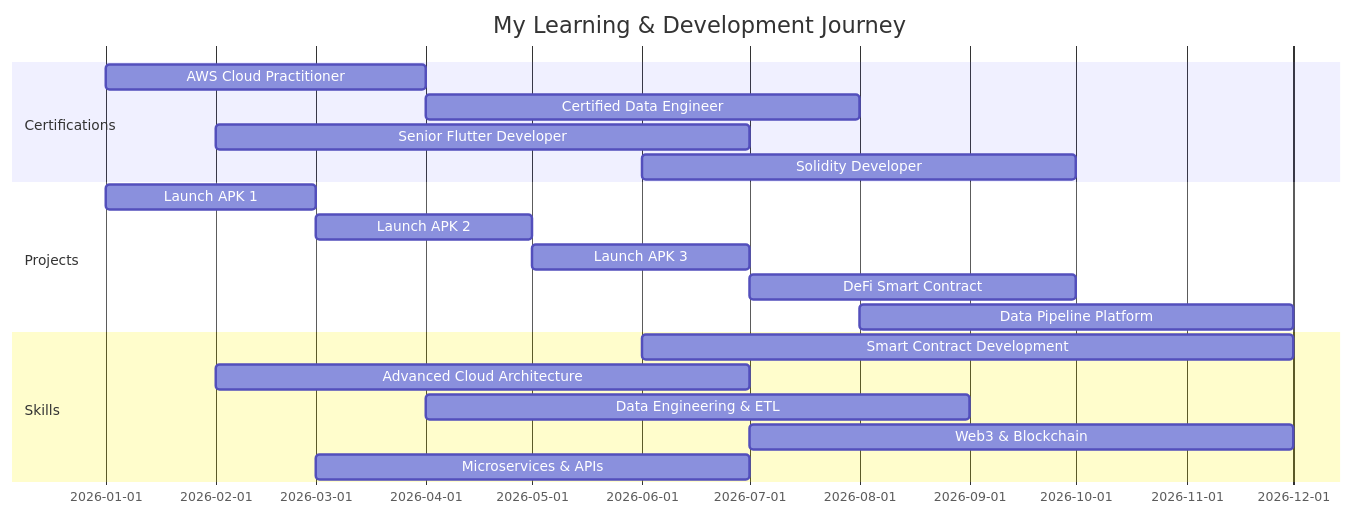
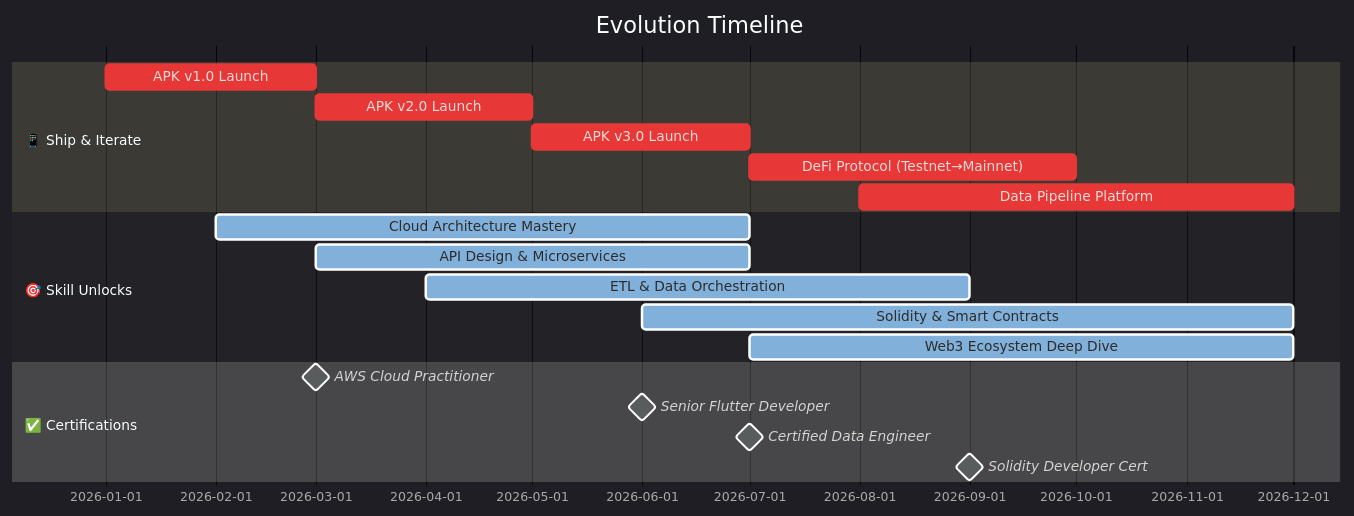
Before and after one commit to jude-craft/jude-craft: the diagram in README.md, drawn with Mermaid. The commit also changed other lines of this file, not shown here.

Commit message:
Revise 2026 roadmap to focus on evolution timeline
Updated roadmap section to reflect new project and skill tracking format.

````diff
--- a/README.md
+++ b/README.md
@@ -144,22 +147,26 @@
 ```mermaid
+%%{init: {'theme':'dark', 'themeVariables': { 'primaryColor':'#6366f1','primaryTextColor':'#fff','primaryBorderColor':'#4f46e5','lineColor':'#8b5cf6','secondaryColor':'#ec4899','tertiaryColor':'#10b981'}}}%%
 gantt
-    title My Learning & Development Journey
-    dateFormat  YYYY-MM
-    section Certifications
-    AWS Cloud Practitioner    :2026-01, 3M
-    Certified Data Engineer   :2026-04, 4M
-    Senior Flutter Developer  :2026-02, 5M
-    Solidity Developer        :2026-06, 4M
-    section Projects
-    Launch APK 1              :2026-01, 2M
-    Launch APK 2              :2026-03, 2M
-    Launch APK 3              :2026-05, 2M
-    DeFi Smart Contract       :2026-07, 3M
-    Data Pipeline Platform    :2026-08, 4M
-    section Skills
-    Smart Contract Development :2026-06, 6M
-    Advanced Cloud Architecture :2026-02, 5M
-    Data Engineering & ETL     :2026-04, 5M
-    Web3 & Blockchain          :2026-07, 5M
-    Microservices & APIs       :2026-03, 4M
+    title Evolution Timeline
+    dateFormat YYYY-MM
+    
+    section 📱 Ship & Iterate
+    APK v1.0 Launch           :crit, p1, 2026-01, 2M
+    APK v2.0 Launch           :crit, p2, 2026-03, 2M
+    APK v3.0 Launch           :crit, p3, 2026-05, 2M
+    DeFi Protocol (Testnet→Mainnet) :crit, p4, 2026-07, 3M
+    Data Pipeline Platform    :crit, p5, 2026-08, 4M
+    
+    section 🎯 Skill Unlocks
+    Cloud Architecture Mastery :active, s1, 2026-02, 5M
+    API Design & Microservices :active, s2, 2026-03, 4M
+    ETL & Data Orchestration   :active, s3, 2026-04, 5M
+    Solidity & Smart Contracts :active, s4, 2026-06, 6M
+    Web3 Ecosystem Deep Dive   :active, s5, 2026-07, 5M
+    
+    section ✅ Certifications
+    AWS Cloud Practitioner     :milestone, c1, 2026-03, 0d
+    Senior Flutter Developer   :milestone, c2, 2026-06, 0d
+    Certified Data Engineer    :milestone, c3, 2026-07, 0d
+    Solidity Developer Cert    :milestone, c4, 2026-09, 0d
 ```
````
